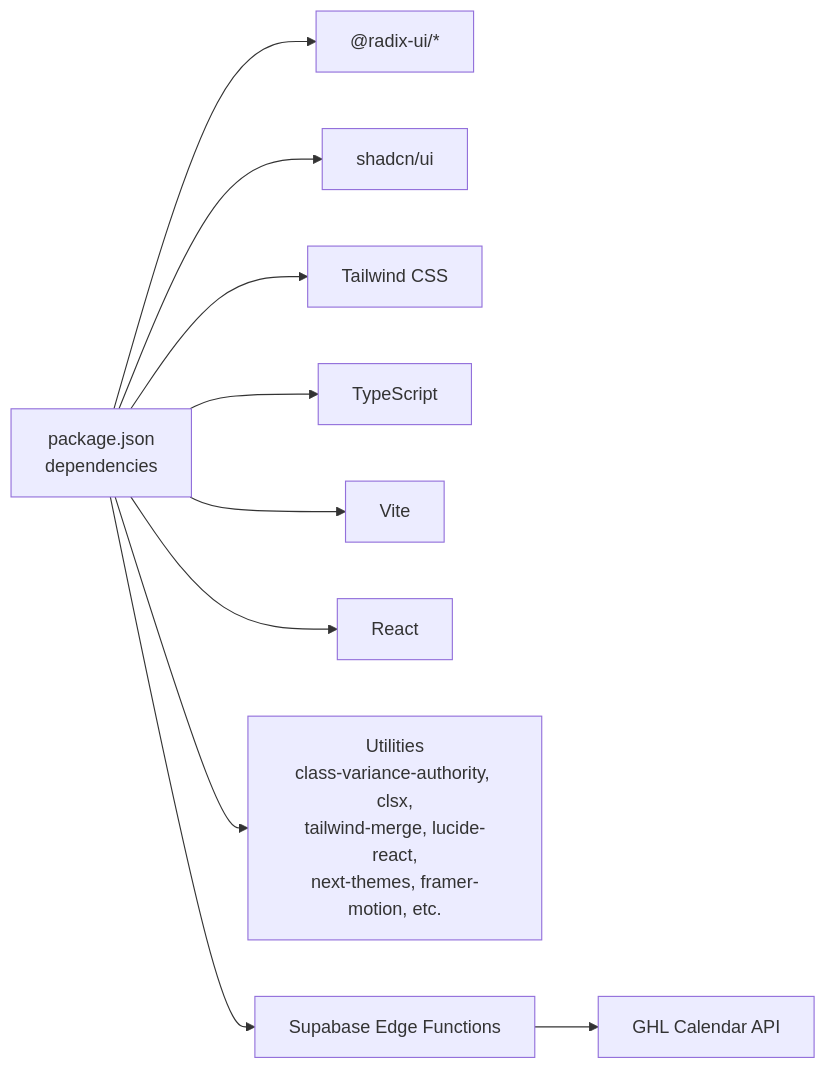
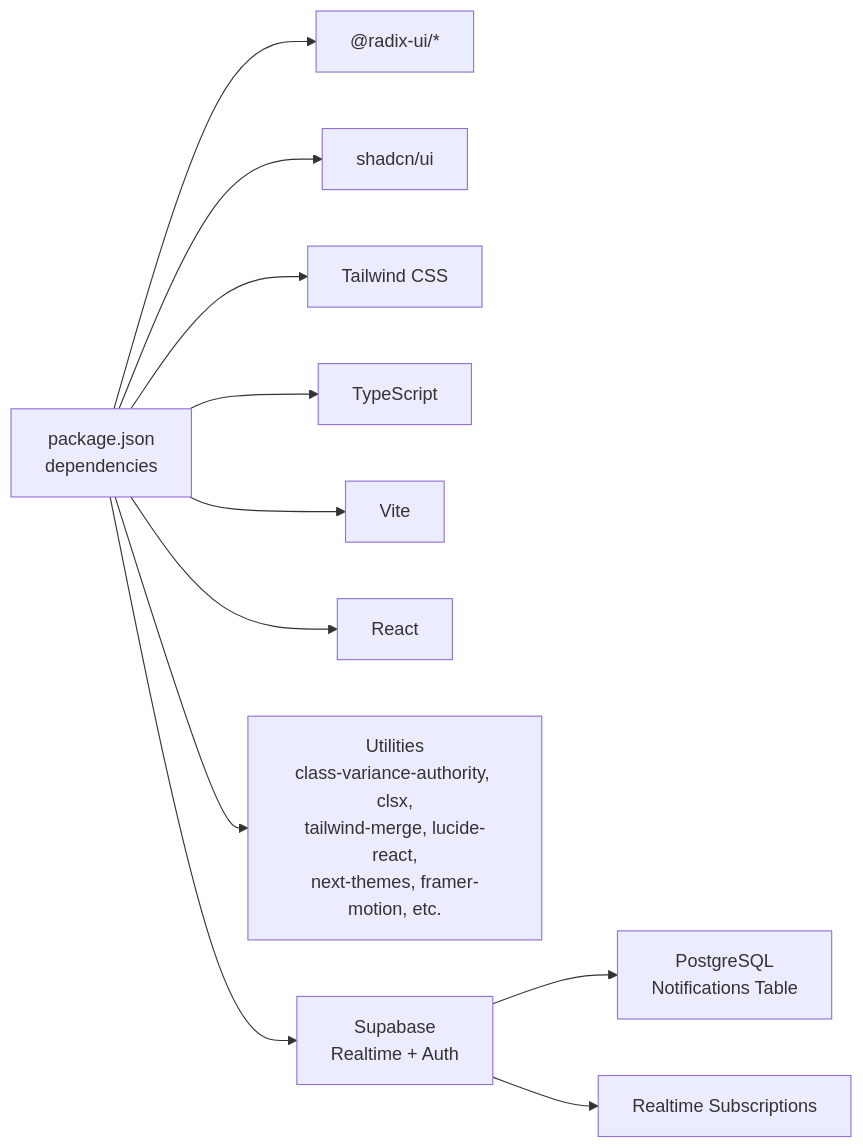
The third of 3 diagrams in .qoder/repowiki/en/content/UI Components & Design System.md (Hawky1/ryland), drawn with Mermaid before and after one commit. The commit also changed other lines of this file and 87 other files, not shown here.

````diff
--- a/.qoder/repowiki/en/content/UI Components & Design System.md
+++ b/.qoder/repowiki/en/content/UI Components & Design System.md
@@ -285,12 +479,13 @@
 ```mermaid
 graph LR
 P["package.json<br/>dependencies"] --> RUI["@radix-ui/*"]
 P --> SHAD["shadcn/ui"]
 P --> TW["Tailwind CSS"]
 P --> TS["TypeScript"]
 P --> VITE["Vite"]
 P --> REACT["React"]
 P --> UTILS["Utilities<br/>class-variance-authority, clsx,<br/>tailwind-merge, lucide-react,<br/>next-themes, framer-motion, etc."]
-P --> EDGE["Supabase Edge Functions"]
-EDGE --> GHL["GHL Calendar API"]
+P --> SUPA["Supabase<br/>Realtime + Auth"]
+SUPA --> DB["PostgreSQL<br/>Notifications Table"]
+SUPA --> REALTIME["Realtime Subscriptions"]
 ```
````
